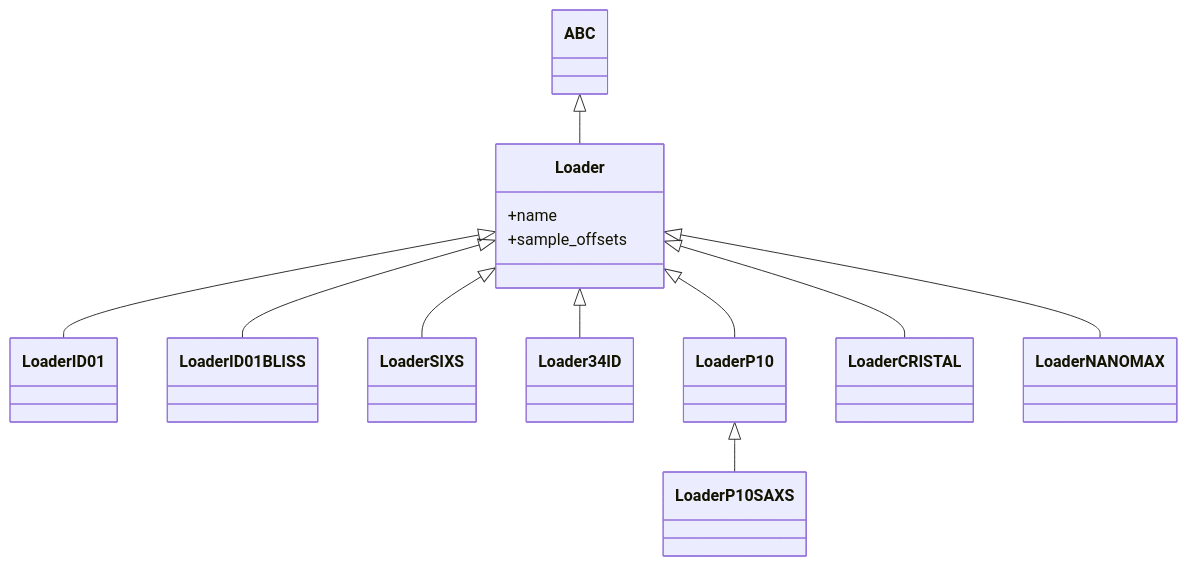
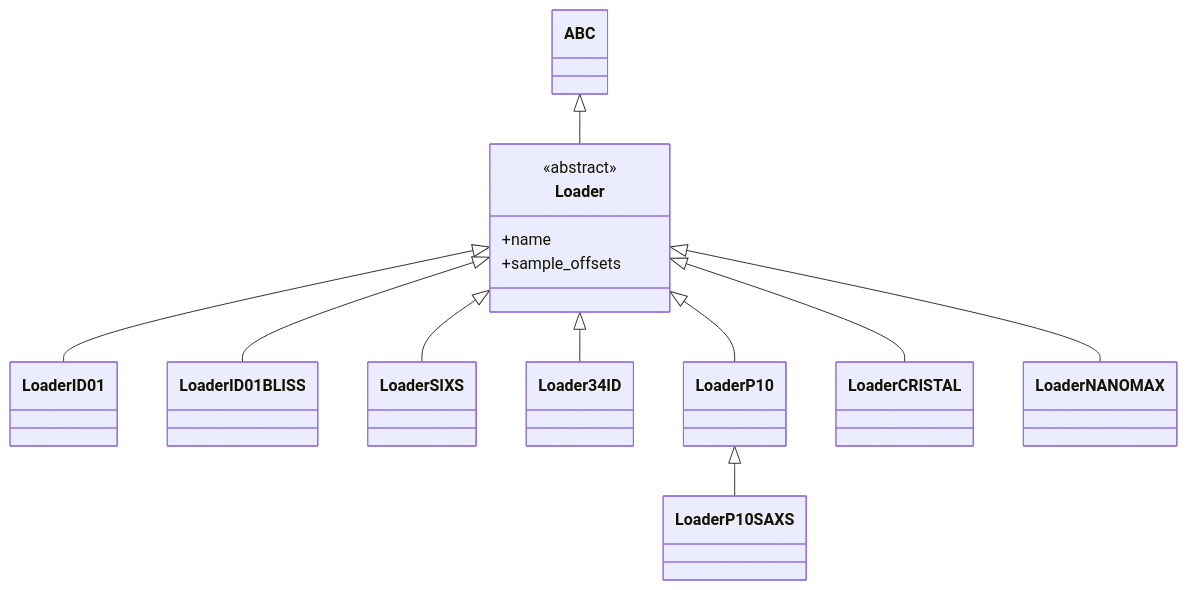
One commit to carnisj/bcdi changed the fourth of 4 diagrams in doc/modules/experiment/index.rst. Above: the diagram before and after it, drawn with Mermaid. The commit also changed other lines of this file and 3 other files, not shown here.

```diff
--- a/doc/modules/experiment/index.rst
+++ b/doc/modules/experiment/index.rst
@@ -140,17 +145,18 @@
 .. mermaid::
   :align: center
 
   classDiagram
     class Loader{
+      <<abstract>>
       +name
       +sample_offsets
   }
     ABC <|-- Loader
     Loader <|-- LoaderID01
     Loader <|-- LoaderID01BLISS
     Loader <|-- LoaderSIXS
     Loader <|-- Loader34ID
     Loader <|-- LoaderP10
     LoaderP10 <|-- LoaderP10SAXS
     Loader <|-- LoaderCRISTAL
     Loader <|-- LoaderNANOMAX
```
